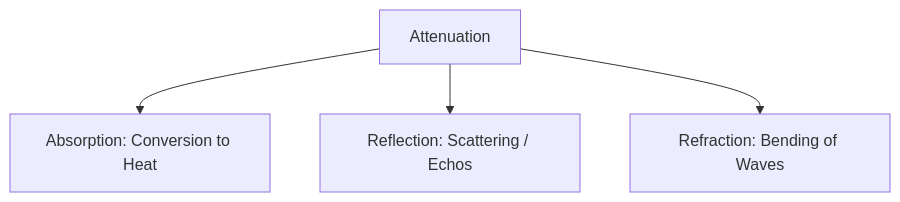
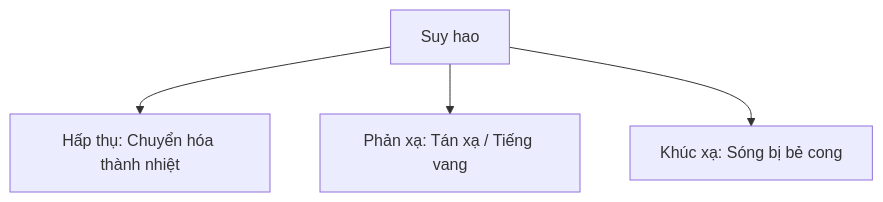
The second of 2 diagrams in docs/01-basics/physics.mdx (MedPocket/ultraso), drawn with Mermaid before and after one commit. The commit also changed other lines of this file and 6 other files, not shown here.

````diff
--- a/docs/01-basics/physics.mdx
+++ b/docs/01-basics/physics.mdx
@@ -79,6 +79,6 @@
 ```mermaid
 flowchart TD
-  EnergyLoss[Attenuation] --> Absorption[Absorption: Conversion to Heat]
-  EnergyLoss --> Reflection[Reflection: Scattering / Echos]
-  EnergyLoss --> Refraction[Refraction: Bending of Waves]
+  EnergyLoss[Suy hao] --> Absorption[Hấp thụ: Chuyển hóa thành nhiệt]
+  EnergyLoss --> Reflection[Phản xạ: Tán xạ / Tiếng vang]
+  EnergyLoss --> Refraction[Khúc xạ: Sóng bị bẻ cong]
 ```
````
